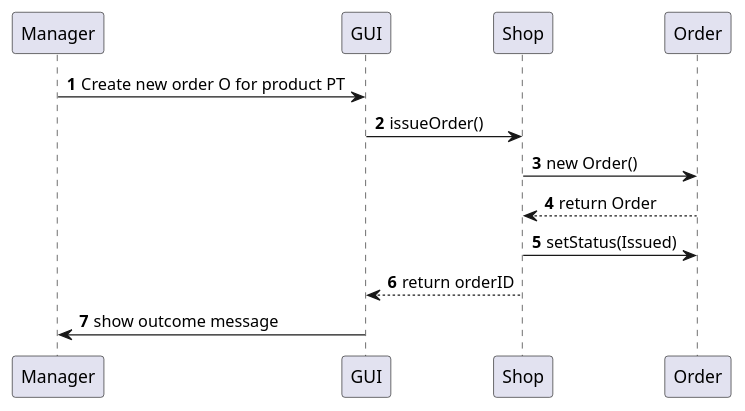
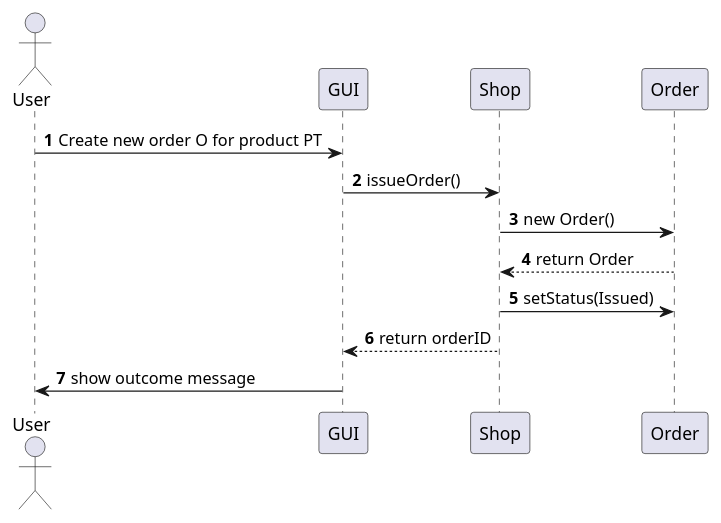
Before and after one commit to Stormz4/group20-EzShop: the ninth of 23 diagrams in Deliverables/DesignDocument.md, drawn with PlantUML. The commit also changed other lines of this file, not shown here.

Commit message:
Doc: User setted as actor in sequence diagrams.

````diff
--- a/Deliverables/DesignDocument.md
+++ b/Deliverables/DesignDocument.md
@@ -404,12 +409,13 @@
 ```plantuml
 @startuml
+Actor User
 autonumber
-Manager -> GUI: Create new order O for product PT
+User -> GUI: Create new order O for product PT
 GUI -> Shop: issueOrder()
 Shop -> Order: new Order()
 Order --> Shop: return Order
 Shop -> Order: setStatus(Issued)
 Shop --> GUI: return orderID
-GUI -> Manager: show outcome message
+GUI -> User: show outcome message
 @enduml
 ```   
````
